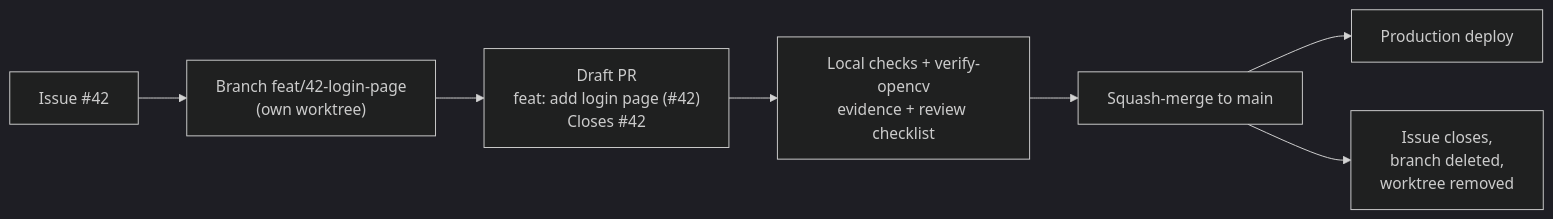
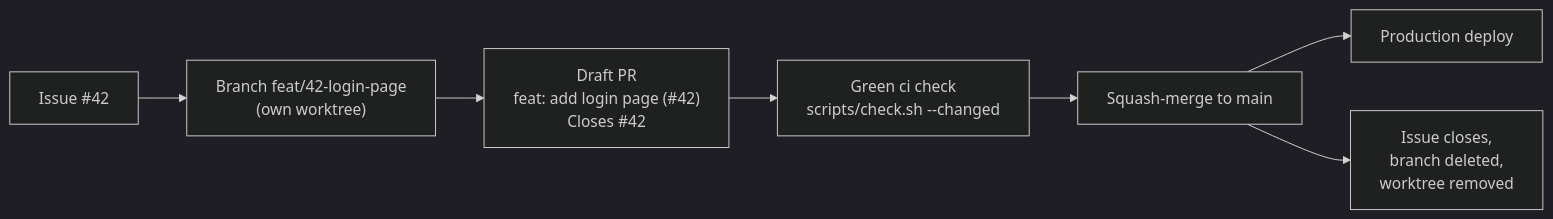
The diagram in CONTRIBUTING.md (Rickvu309/opencv), drawn with Mermaid (dark theme) before and after one commit. The commit also changed other lines of this file and 14 other files, not shown here.

````diff
--- a/CONTRIBUTING.md
+++ b/CONTRIBUTING.md
@@ -12,9 +12,9 @@
 ```mermaid
 flowchart LR
     A["Issue #42"] --> B["Branch feat/42-login-page<br/>(own worktree)"]
     B --> C["Draft PR<br/>feat: add login page (#42)<br/>Closes #42"]
-    C --> D["Local checks + verify-opencv<br/>evidence + review checklist"]
+    C --> D["Green ci check<br/>scripts/check.sh --changed"]
     D --> E["Squash-merge to main"]
     E --> F["Production deploy"]
     E --> G["Issue closes,<br/>branch deleted,<br/>worktree removed"]
 ```
````
